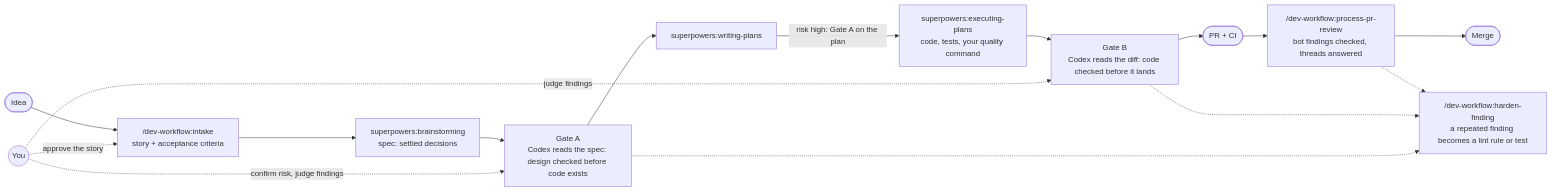
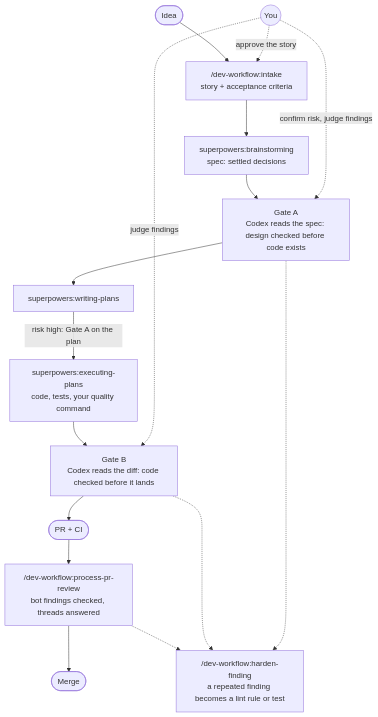
One commit to dsnger/dev-workflow-kit changed the diagram in README.md. Above: the diagram before and after it, drawn with Mermaid. The commit also changed other lines of this file, not shown here.

First line of the commit message:
docs: README diagram top-to-bottom; Do and You see on their own lines

````diff
--- a/README.md
+++ b/README.md
@@ -6,15 +6,15 @@
 ```mermaid
-flowchart LR
+flowchart TB
   you((You)) -. approve the story .-> intake
   you -. confirm risk, judge findings .-> gateA
   you -. judge findings .-> gateB
   idea([Idea]) --> intake["/dev-workflow:intake<br>story + acceptance criteria"]
   intake --> spec["superpowers:brainstorming<br>spec: settled decisions"]
   spec --> gateA["Gate A<br>Codex reads the spec: design checked before code exists"]
   gateA --> plan["superpowers:writing-plans"]
   plan -- "risk high: Gate A on the plan" --> build["superpowers:executing-plans<br>code, tests, your quality command"]
   build --> gateB["Gate B<br>Codex reads the diff: code checked before it lands"]
   gateB --> pr([PR + CI]) --> bots["/dev-workflow:process-pr-review<br>bot findings checked, threads answered"]
   bots --> merge([Merge])
   gateA & gateB & bots -.-> harden["/dev-workflow:harden-finding<br>a repeated finding becomes a lint rule or test"]
 ```
````
